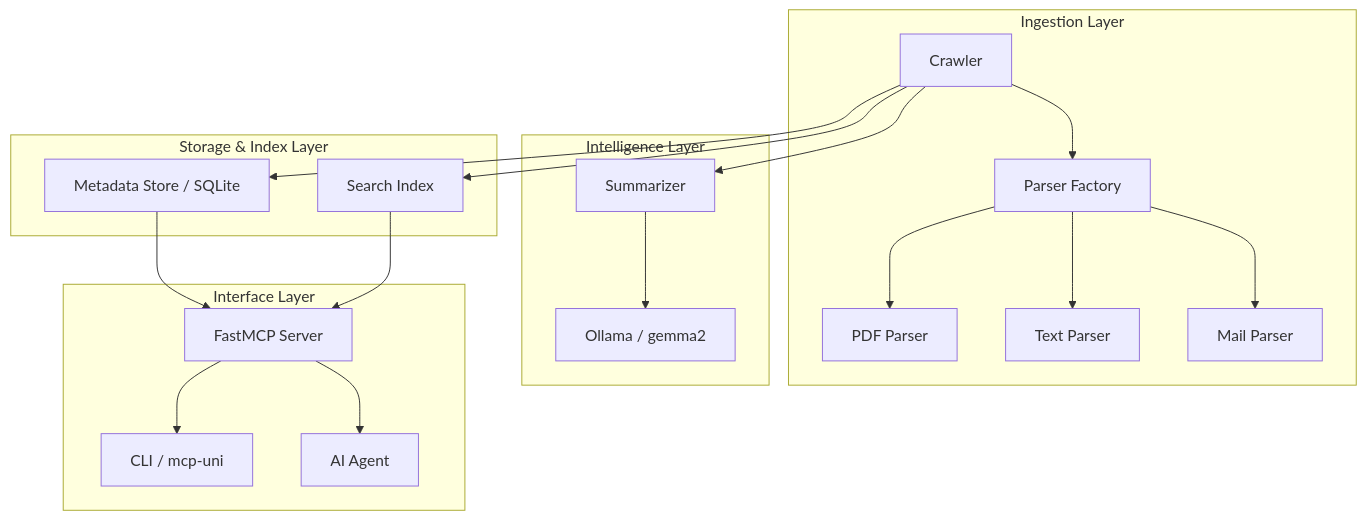
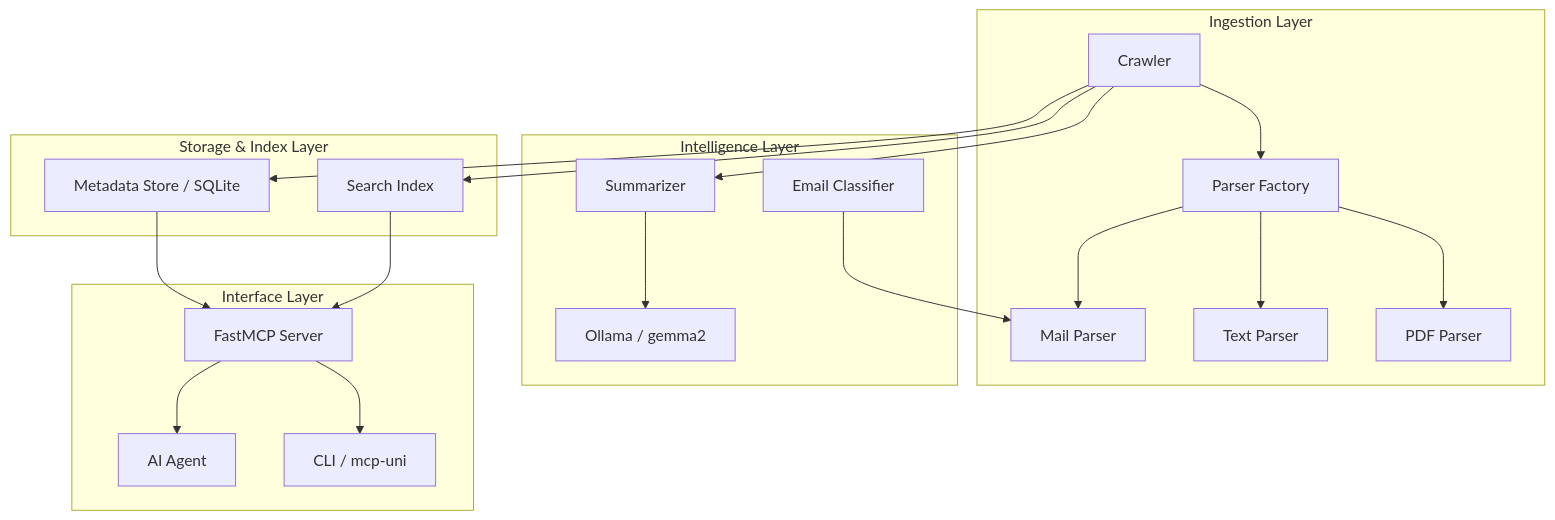
The first of 2 diagrams in docs/en/architecture/index.md (dgaida/academic-memory-mcp), drawn with Mermaid before and after one commit. The commit also changed other lines of this file and 5 other files, not shown here.

Commit message:
docs: add documentation for email classifier subpackage

````diff
--- a/docs/en/architecture/index.md
+++ b/docs/en/architecture/index.md
@@ -9,26 +9,27 @@
 ```mermaid
 graph TD
     subgraph "Ingestion Layer"
         C[Crawler] --> P[Parser Factory]
         P --> P1[PDF Parser]
         P --> P2[Text Parser]
         P --> P3[Mail Parser]
     end
 
     subgraph "Intelligence Layer"
         C --> S[Summarizer]
         S --> LLM[Ollama / gemma2]
+        CL[Email Classifier] --> P3
     end
 
     subgraph "Storage & Index Layer"
         C --> IDX[Search Index]
         C --> DB[Metadata Store / SQLite]
     end
 
     subgraph "Interface Layer"
         DB --> MCP[FastMCP Server]
         IDX --> MCP
         MCP --> CLI[CLI / mcp-uni]
         MCP --> AGENT[AI Agent]
     end
 ```
````
